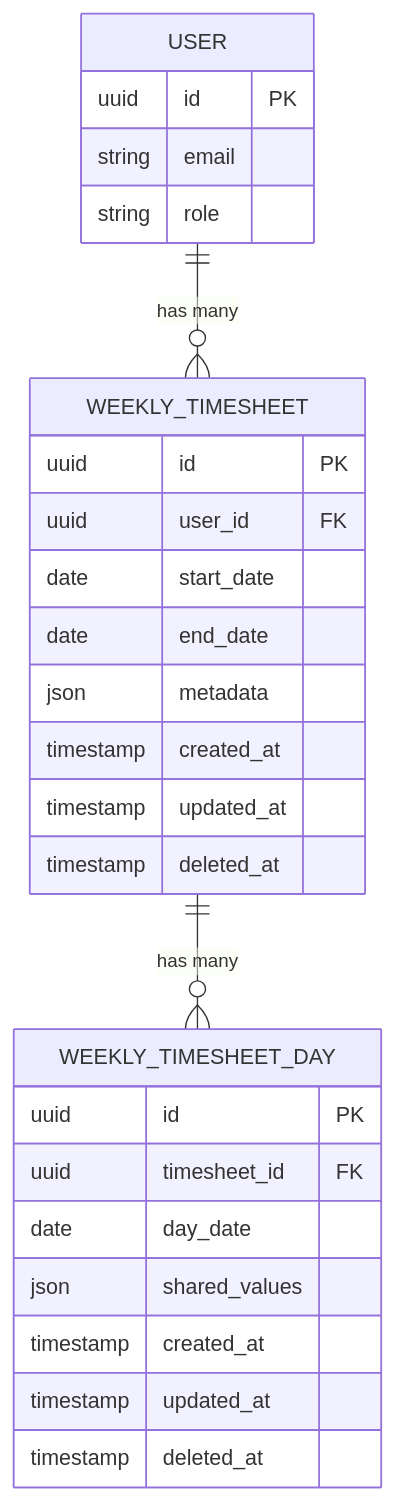
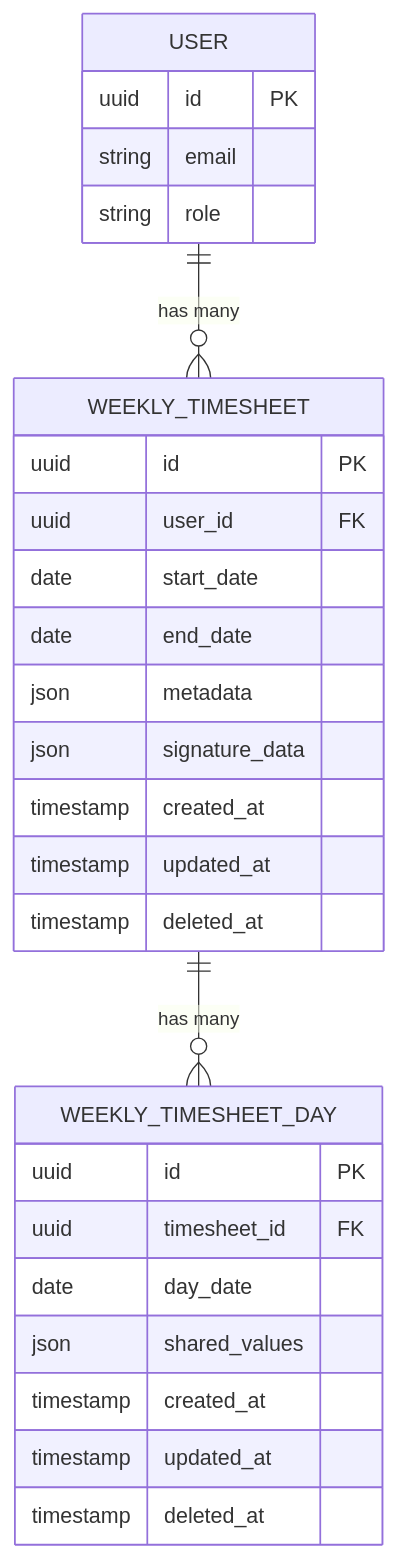
Before and after one commit to RobertRuas/windlog: the sixth of 10 diagrams in .qoder/repowiki/en/content/Arquitetura Backend/Módulos do Sistema/Timesheet Semanal - Módulo Backend.md, drawn with Mermaid. The commit also changed other lines of this file and 136 other files, not shown here.

````diff
--- a/.qoder/repowiki/en/content/Arquitetura Backend/Módulos do Sistema/Timesheet Semanal - Módulo Backend.md
+++ b/.qoder/repowiki/en/content/Arquitetura Backend/Módulos do Sistema/Timesheet Semanal - Módulo Backend.md
@@ -291,29 +361,30 @@
 ```mermaid
 erDiagram
 WEEKLY_TIMESHEET {
 uuid id PK
 uuid user_id FK
 date start_date
 date end_date
 json metadata
+json signature_data
 timestamp created_at
 timestamp updated_at
 timestamp deleted_at
 }
 WEEKLY_TIMESHEET_DAY {
 uuid id PK
 uuid timesheet_id FK
 date day_date
 json shared_values
 timestamp created_at
 timestamp updated_at
 timestamp deleted_at
 }
 USER {
 uuid id PK
 string email
 string role
 }
 WEEKLY_TIMESHEET ||--o{ WEEKLY_TIMESHEET_DAY : "has many"
 USER ||--o{ WEEKLY_TIMESHEET : "has many"
 ```
````
